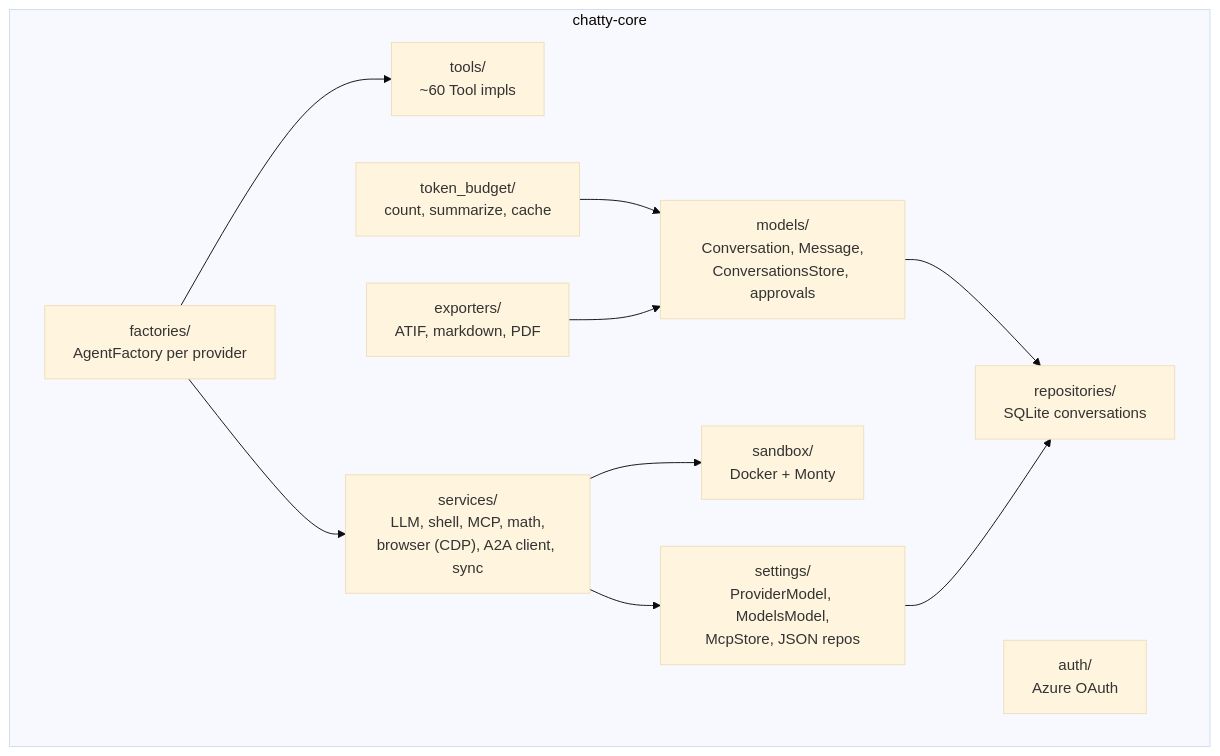
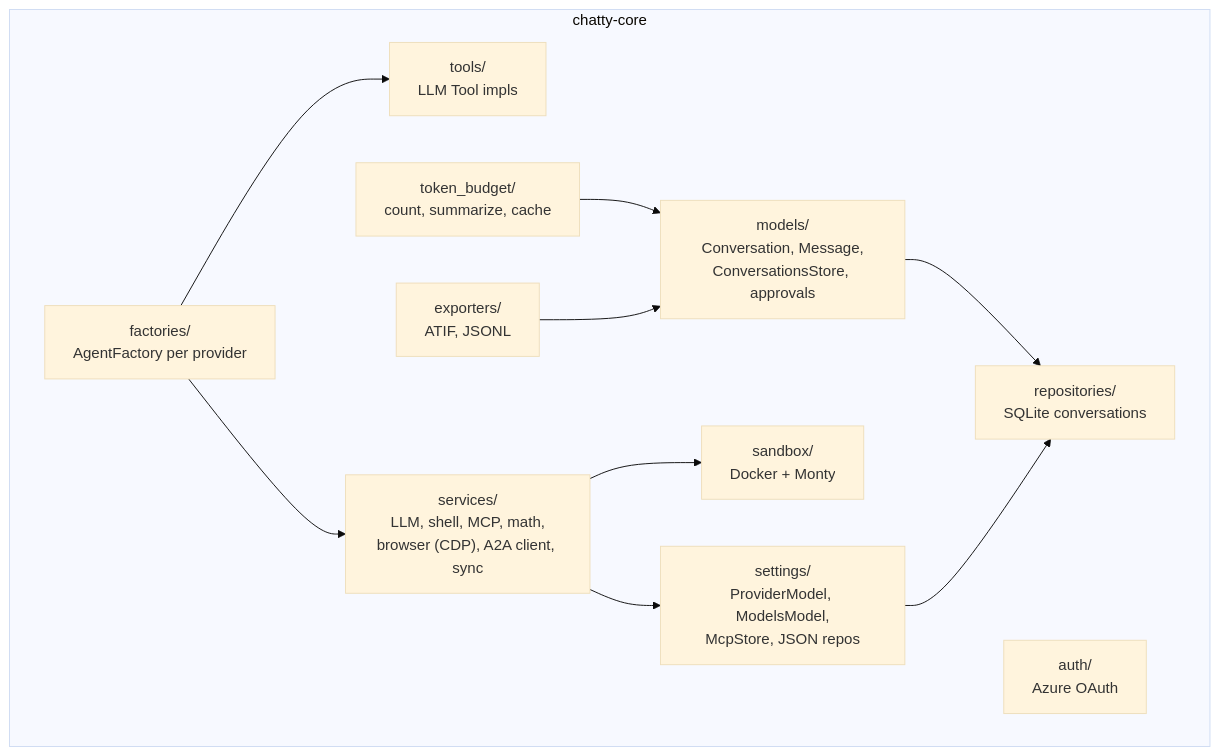
One commit to boersmamarcel/chatty2 changed the second of 7 diagrams in docs/component-map.md. Above: the diagram before and after it, drawn with Mermaid (base theme). The commit also changed other lines of this file and 12 other files, not shown here.

First line of the commit message:
Merge the architecture cluster and sweep stale facts from explanation pages

````diff
--- a/docs/component-map.md
+++ b/docs/component-map.md
@@ -51,24 +53,24 @@
 ```mermaid
 flowchart TB
   subgraph core [chatty-core]
     models["models/<br/>Conversation, Message,<br/>ConversationsStore, approvals"]
     settings["settings/<br/>ProviderModel, ModelsModel,<br/>McpStore, JSON repos"]
     repositories["repositories/<br/>SQLite conversations"]
     factories["factories/<br/>AgentFactory per provider"]
     services["services/<br/>LLM, shell, MCP, math,<br/>browser (CDP), A2A client, sync"]
-    tools["tools/<br/>~60 Tool impls"]
+    tools["tools/<br/>LLM Tool impls"]
     sandbox["sandbox/<br/>Docker + Monty"]
     token_budget["token_budget/<br/>count, summarize, cache"]
-    exporters["exporters/<br/>ATIF, markdown, PDF"]
+    exporters["exporters/<br/>ATIF, JSONL"]
     auth["auth/<br/>Azure OAuth"]
   end
 
   factories --> tools
   factories --> services
   services --> sandbox
   services --> settings
   models --> repositories
   settings --> repositories
   token_budget --> models
   exporters --> models
 ```
````
